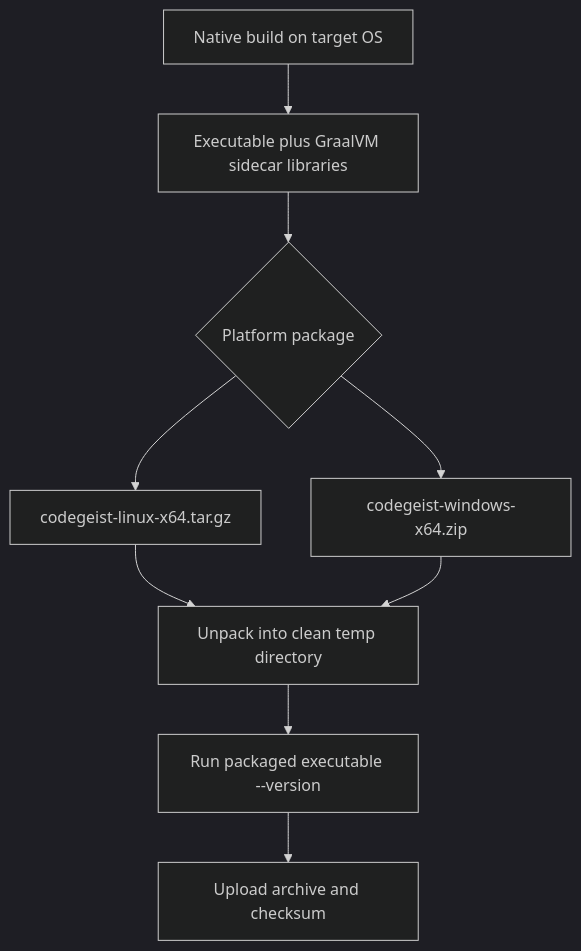
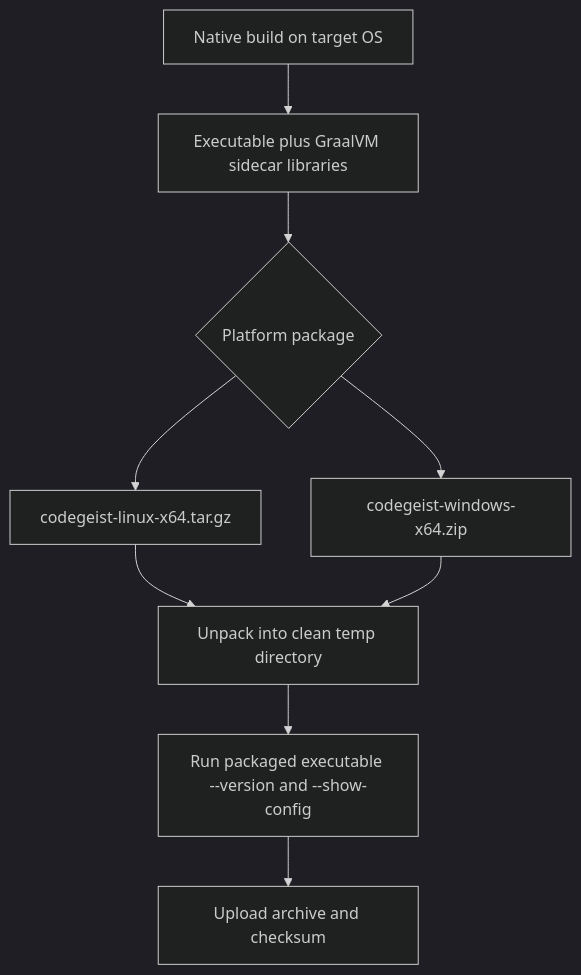
One commit to codegeist-ai/codegeist changed the first of 2 diagrams in docs/developer/release/native-distribution-packaging.md. Above: the diagram before and after it, drawn with Mermaid (dark theme). The commit also changed other lines of this file and 31 other files, not shown here.

````diff
--- a/docs/developer/release/native-distribution-packaging.md
+++ b/docs/developer/release/native-distribution-packaging.md
@@ -80,20 +80,20 @@
 ```mermaid
 flowchart TD
     Build[Native build on target OS]
     Output[Executable plus GraalVM sidecar libraries]
     Package{Platform package}
     Linux[codegeist-linux-x64.tar.gz]
     Windows[codegeist-windows-x64.zip]
     Smoke[Unpack into clean temp directory]
-    Run[Run packaged executable --version]
+    Run[Run packaged executable --version and --show-config]
     Release[Upload archive and checksum]
 
     Build --> Output
     Output --> Package
     Package --> Linux
     Package --> Windows
     Linux --> Smoke
     Windows --> Smoke
     Smoke --> Run
     Run --> Release
 ```
````
